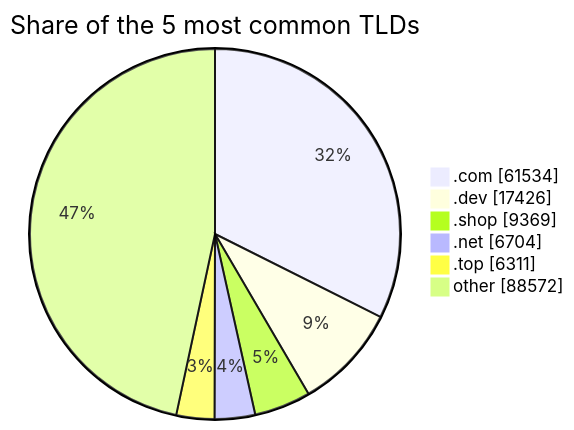
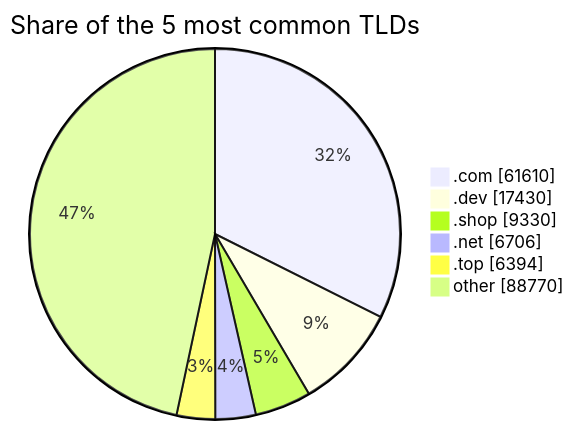
One commit to DNSBunker/CTI changed the third of 3 diagrams in README.md. Above: the diagram before and after it, drawn with Mermaid. The commit also changed other lines of this file and 3 other files, not shown here.

````diff
--- a/README.md
+++ b/README.md
@@ -81,9 +81,9 @@
 ```mermaid
 pie showData title Share of the 5 most common TLDs
-    ".com" : 61534
-    ".dev" : 17426
-    ".shop" : 9369
-    ".net" : 6704
-    ".top" : 6311
-    "other" : 88572
+    ".com" : 61610
+    ".dev" : 17430
+    ".shop" : 9330
+    ".net" : 6706
+    ".top" : 6394
+    "other" : 88770
 ```
````
